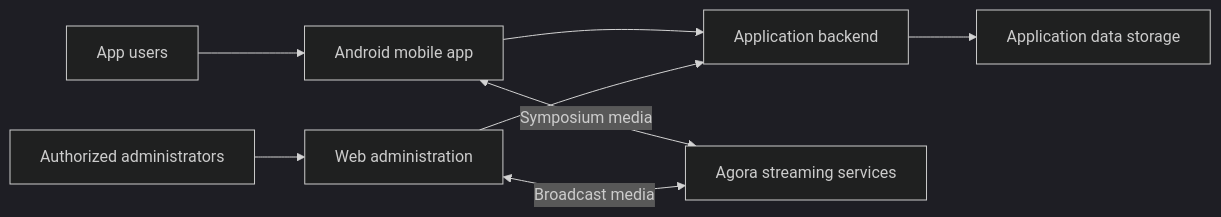
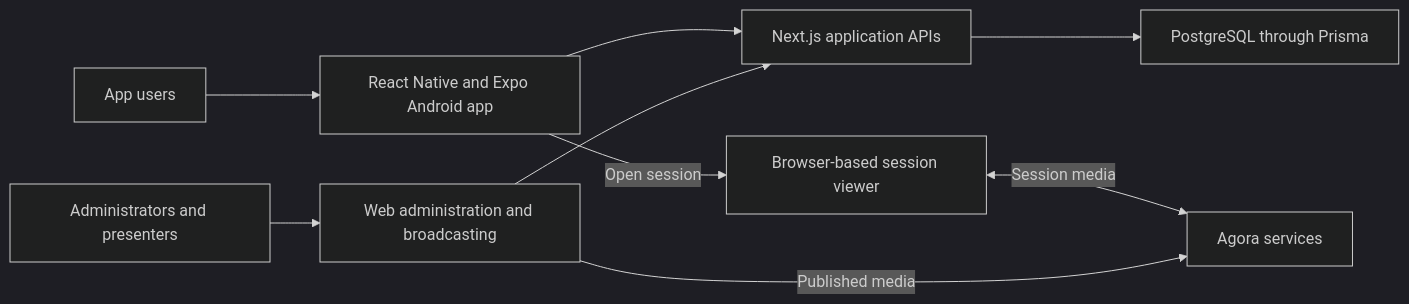
Before and after one commit to muhammadrayyankashif/Engineering-Projects: the diagram in AGP-Power-Pack/README.md, drawn with Mermaid (dark theme). The commit also changed other lines of this file and 6 other files, not shown here.

Commit message:
Expand project workflows and source-backed architecture descriptions

````diff
--- a/AGP-Power-Pack/README.md
+++ b/AGP-Power-Pack/README.md
@@ -22,10 +32,11 @@
 ```mermaid
 flowchart LR
-    U[App users] --> M[Android mobile app]
-    M --> B[Application backend]
-    E[Authorized administrators] --> W[Web administration]
-    W --> B
-    B --> D[Application data storage]
-    M <-->|Symposium media| A[Agora streaming services]
-    W <-->|Broadcast media| A
+    U[App users] --> M[React Native and Expo Android app]
+    M --> API[Next.js application APIs]
+    M -->|Open session| VIEW[Browser-based session viewer]
+    ADM[Administrators and presenters] --> WEB[Web administration and broadcasting]
+    WEB --> API
+    API --> DB[PostgreSQL through Prisma]
+    VIEW <-->|Session media| RTC[Agora services]
+    WEB -->|Published media| RTC
 ```
````
